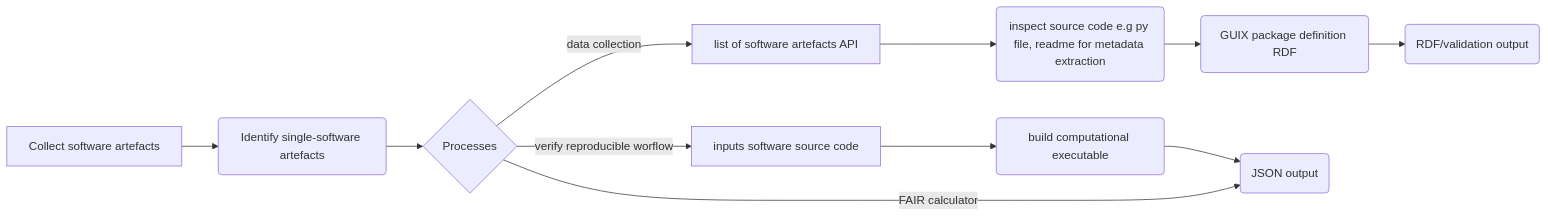
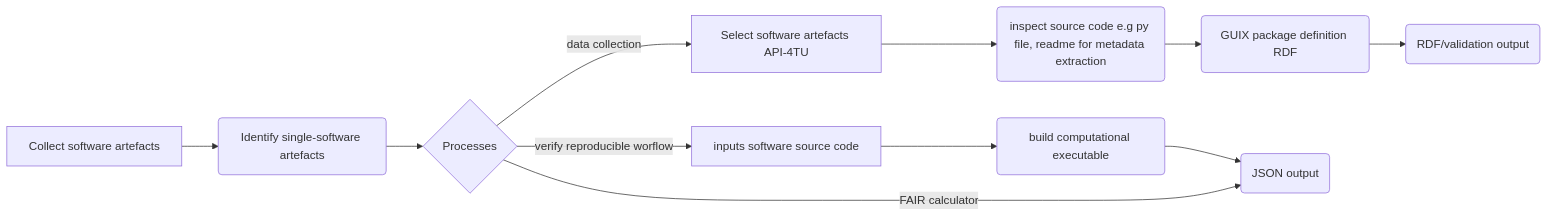
One commit to 4TUResearchData/soss changed the first of 2 diagrams in README.md. Above: the diagram before and after it, drawn with Mermaid.

Commit message:
added methodology

````diff
--- a/README.md
+++ b/README.md
@@ -15,8 +15,8 @@
 ```mermaid
 graph LR
 A[Collect software artefacts] -->B(Identify single-software artefacts)
     B --> C{Processes}
-    C -->|data collection| D[list of software artefacts API] --> Z(inspect source code e.g py file, readme for metadata extraction) --> F(GUIX package definition RDF) --> G(RDF/validation output)
+    C -->|data collection| D[Select software artefacts API-4TU] --> Z(inspect source code e.g py file, readme for metadata extraction) --> F(GUIX package definition RDF) --> G(RDF/validation output)
     C -->|verify reproducible worflow| E[inputs software source code] --> H(build computational executable) --> J(JSON output)
     C -->|FAIR calculator| J(JSON output)
 ```
````
